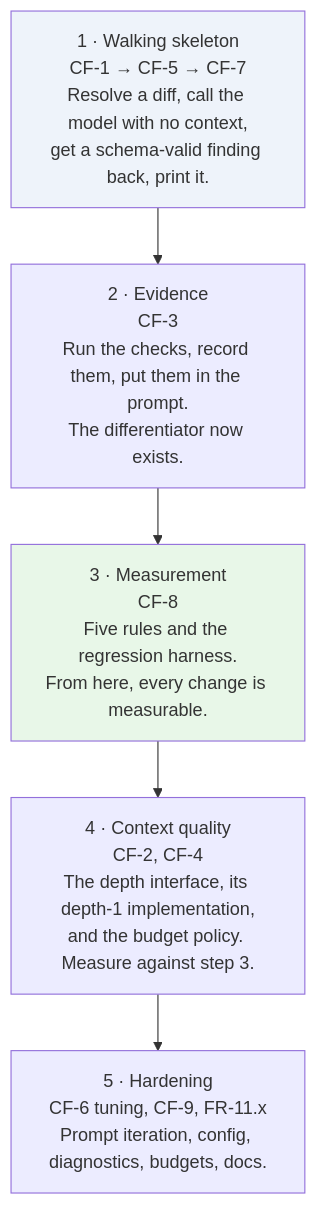
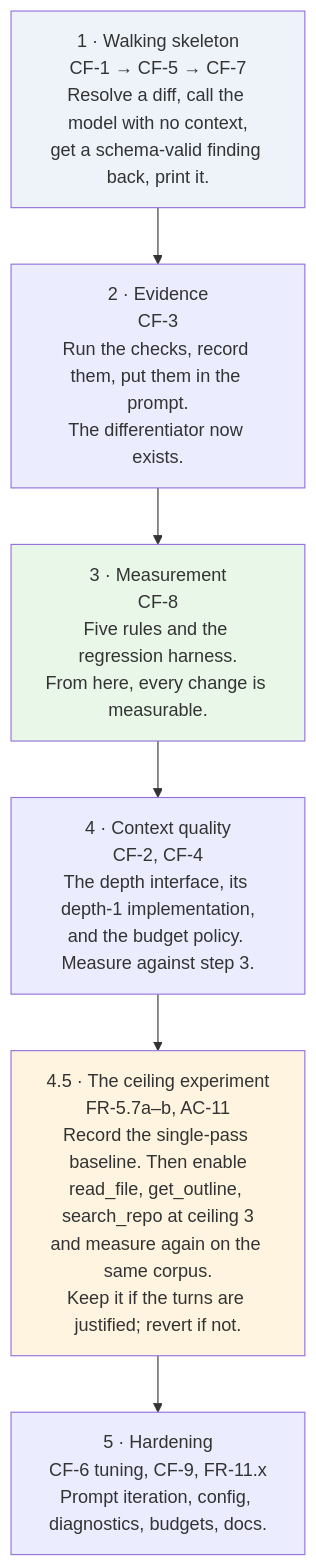
Before and after one commit to nhahub/NHA-5-285: the third of 3 diagrams in Docs/agentic-code-review-srs-v1.md, drawn with Mermaid. The commit also changed other lines of this file and 2 other files, not shown here.

First line of the commit message:
docs(srs): make the tool-call ceiling configuration behind a corpus gate

````diff
--- a/Docs/agentic-code-review-srs-v1.md
+++ b/Docs/agentic-code-review-srs-v1.md
@@ -456,13 +468,15 @@
 ```mermaid
 flowchart TD
     S1["1 · Walking skeleton<br/>CF-1 → CF-5 → CF-7<br/>Resolve a diff, call the model with no context,<br/>get a schema-valid finding back, print it."]
     S2["2 · Evidence<br/>CF-3<br/>Run the checks, record them, put them in the prompt.<br/>The differentiator now exists."]
     S3["3 · Measurement<br/>CF-8<br/>Five rules and the regression harness.<br/>From here, every change is measurable."]
     S4["4 · Context quality<br/>CF-2, CF-4<br/>The depth interface, its depth-1 implementation,<br/>and the budget policy. Measure against step 3."]
+    S45["4.5 · The ceiling experiment<br/>FR-5.7a–b, AC-11<br/>Record the single-pass baseline. Then enable<br/>read_file, get_outline, search_repo at ceiling 3<br/>and measure again on the same corpus.<br/>Keep it if the turns are justified; revert if not."]
     S5["5 · Hardening<br/>CF-6 tuning, CF-9, FR-11.x<br/>Prompt iteration, config, diagnostics, budgets, docs."]
 
-    S1 --> S2 --> S3 --> S4 --> S5
+    S1 --> S2 --> S3 --> S4 --> S45 --> S5
 
     style S1 fill:#eef3fa
     style S3 fill:#e8f7e8
+    style S45 fill:#fff4e0
 ```
````
